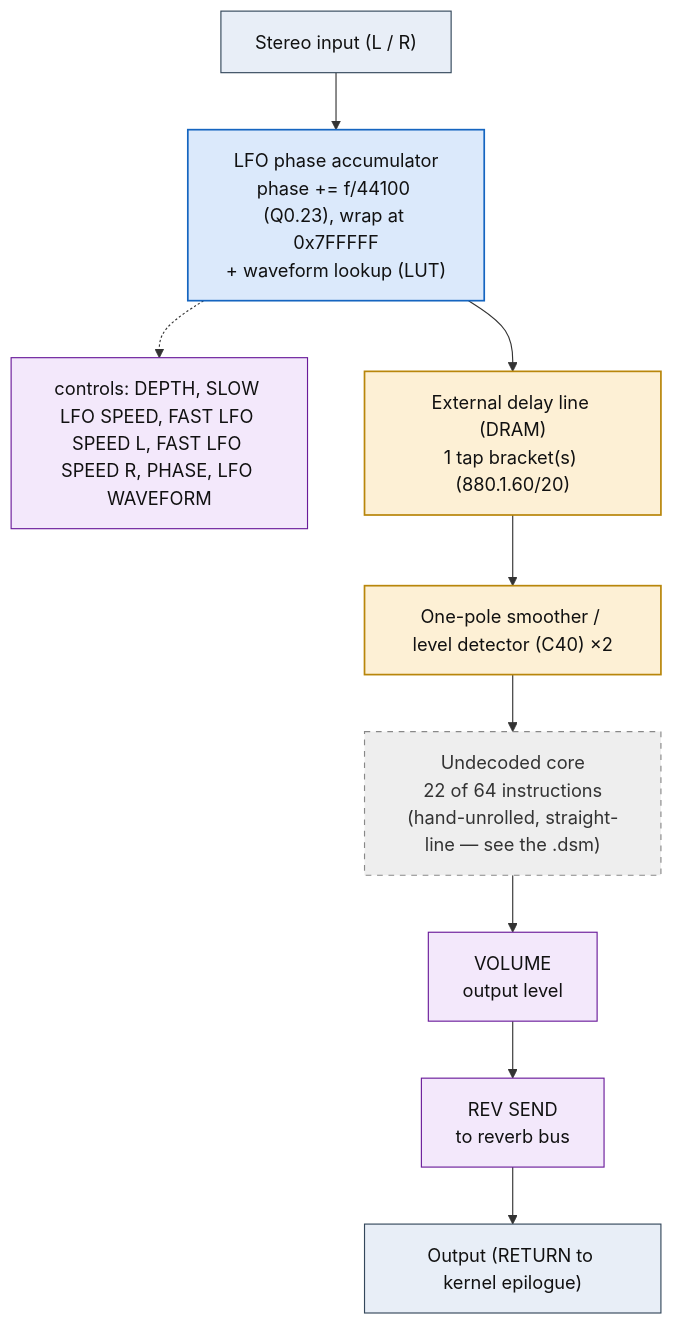
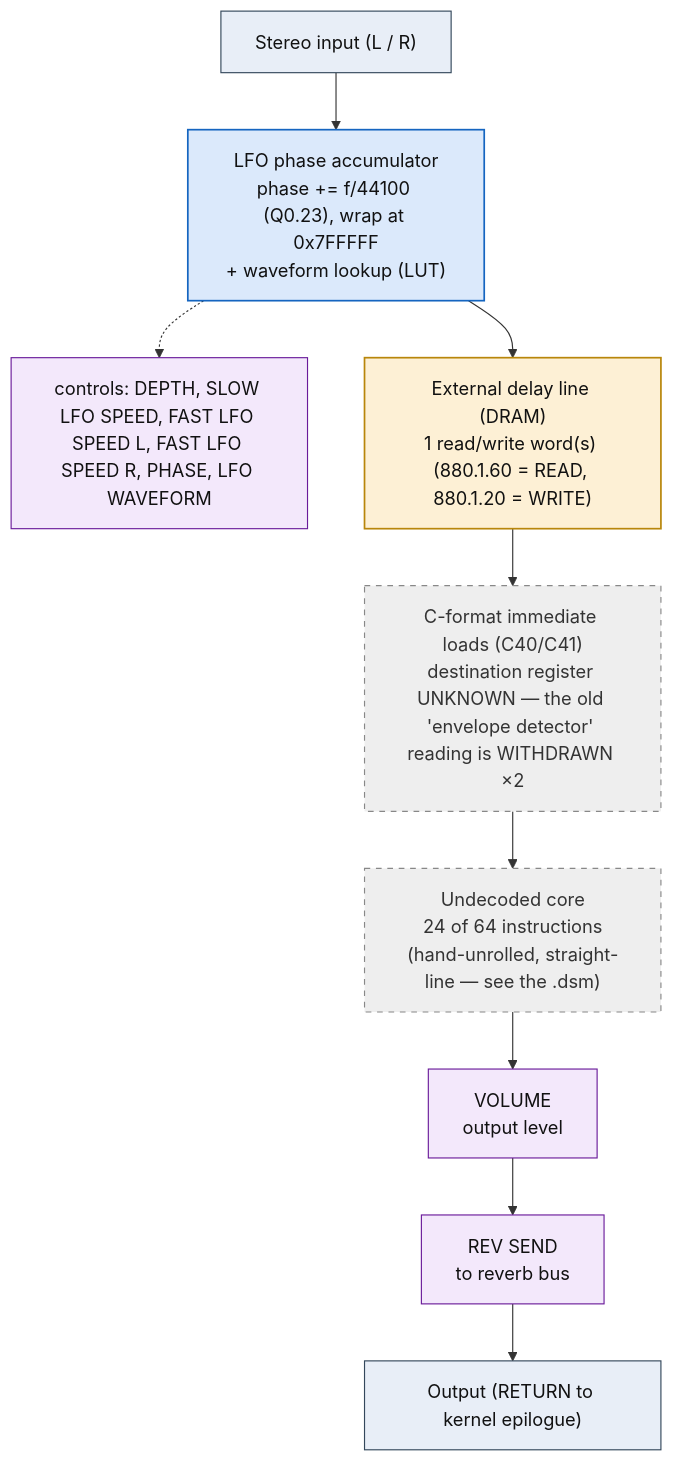
Before and after one commit to ArqueologiaDigital/kn5000-roms-disasm: the diagram in dsp/flowcharts/prog56_mix_up.md, drawn with Mermaid. The commit also changed other lines of this file and 86 other files, not shown here.

````diff
--- a/dsp/flowcharts/prog56_mix_up.md
+++ b/dsp/flowcharts/prog56_mix_up.md
@@ -12,32 +12,32 @@
 ```mermaid
 flowchart TD
     N0["Stereo input (L / R)"]
     N1["LFO phase accumulator<br/>phase += f/44100 (Q0.23), wrap at 0x7FFFFF<br/>+ waveform lookup (LUT)"]
     N0 --> N1
     N2["controls: DEPTH, SLOW LFO SPEED, FAST LFO SPEED L, FAST LFO SPEED R, PHASE, LFO WAVEFORM"]
     N1 -.-> N2
-    N3["External delay line (DRAM)<br/>1 tap bracket(s) (880.1.60/20)"]
+    N3["External delay line (DRAM)<br/>1 read/write word(s) (880.1.60 = READ, 880.1.20 = WRITE)"]
     N1 --> N3
-    N4["One-pole smoother / level detector (C40) &times;2"]
+    N4["C-format immediate loads (C40/C41)<br/>destination register UNKNOWN &mdash; the old 'envelope detector' reading is WITHDRAWN &times;2"]
     N3 --> N4
-    N5["Undecoded core<br/>22 of 64 instructions<br/>(hand-unrolled, straight-line &mdash; see the .dsm)"]
+    N5["Undecoded core<br/>24 of 64 instructions<br/>(hand-unrolled, straight-line &mdash; see the .dsm)"]
     N4 --> N5
     N6["VOLUME<br/>output level"]
     N5 --> N6
     N7["REV SEND<br/>to reverb bus"]
     N6 --> N7
     N8["Output (RETURN to kernel epilogue)"]
     N7 --> N8
 
     classDef io fill:#e8eef7,stroke:#33475b,stroke-width:1px,color:#111;
     classDef proven fill:#d7f0d7,stroke:#2e7d32,stroke-width:2px,color:#111;
     classDef measured fill:#dbe9fb,stroke:#1565c0,stroke-width:1.5px,color:#111;
     classDef inferred fill:#fdf0d5,stroke:#b8860b,stroke-width:1.5px,color:#111;
     classDef open fill:#eeeeee,stroke:#888,stroke-width:1px,color:#333,stroke-dasharray:5 5;
     classDef ctrl fill:#f3e8fb,stroke:#6a1b9a,stroke-width:1px,color:#111;
     class N0,N8 io;
     class N1 measured;
     class N2,N6,N7 ctrl;
-    class N3,N4 inferred;
-    class N5 open;
+    class N3 inferred;
+    class N4,N5 open;
 ```
````
